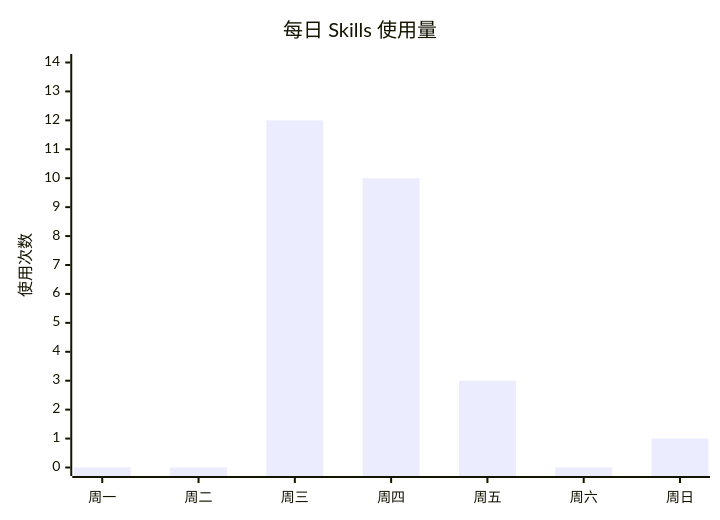
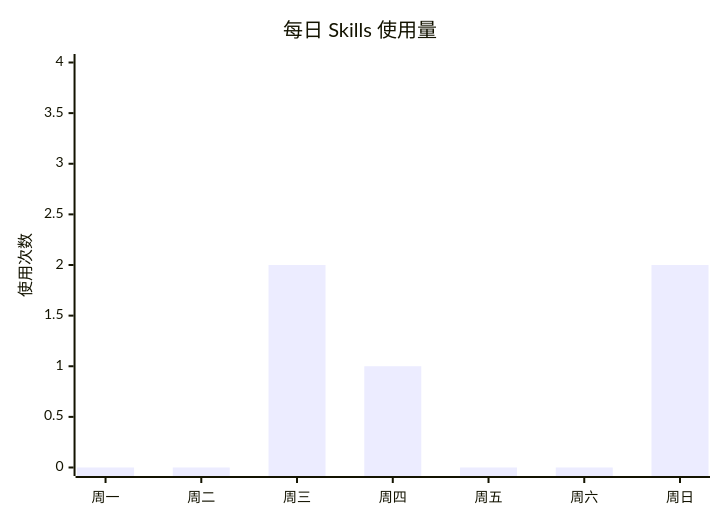
The first of 2 diagrams in 10_Work/skills_weekly_reports/_latest_report.md (leoliu20001120/leooo), drawn with Mermaid before and after one commit. The commit also changed other lines of this file and 169 other files, not shown here.

````diff
--- a/10_Work/skills_weekly_reports/_latest_report.md
+++ b/10_Work/skills_weekly_reports/_latest_report.md
@@ -48,7 +46,7 @@
 ```mermaid
 xychart-beta
     title "每日 Skills 使用量"
     x-axis ["周一", "周二", "周三", "周四", "周五", "周六", "周日"]
-    y-axis "使用次数" 0 --> 14
-    bar [0, 0, 12, 10, 3, 0, 1]
+    y-axis "使用次数" 0 --> 4
+    bar [0, 0, 2, 1, 0, 0, 2]
 ```
````
